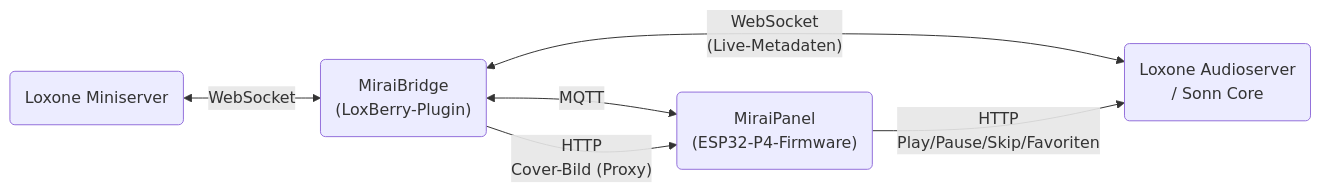
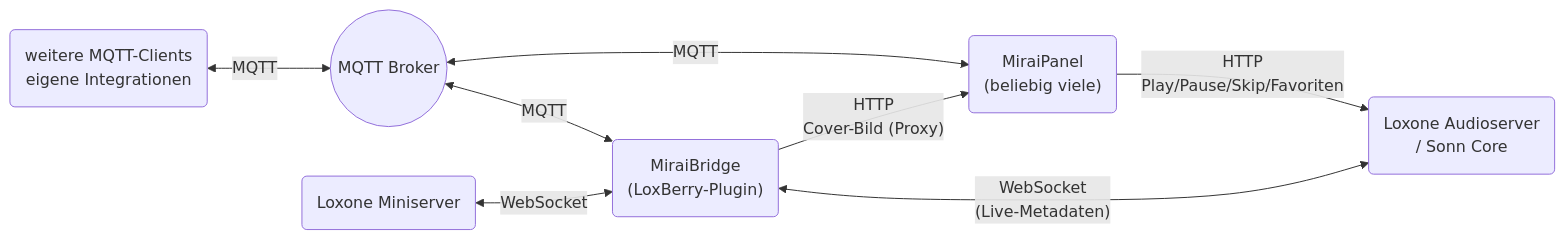
One commit to Holzmusik/MiraiPanel changed the second of 2 diagrams in README.md. Above: the diagram before and after it, drawn with Mermaid. The commit also changed other lines of this file and 1 other file, not shown here.

First line of the commit message:
Architektur-Diagramm: MQTT-Broker in den Mittelpunkt ruecken

````diff
--- a/README.md
+++ b/README.md
@@ -161,8 +161,10 @@
 ```mermaid
 flowchart LR
-    MS("Loxone Miniserver") <-->|WebSocket| Bridge("MiraiBridge<br/>(LoxBerry-Plugin)")
-    Bridge <-->|MQTT| Panel("MiraiPanel<br/>(ESP32-P4-Firmware)")
+    Other("weitere MQTT-Clients<br/>eigene Integrationen") <-->|MQTT| Broker(("MQTT Broker"))
+    Broker <-->|MQTT| Bridge("MiraiBridge<br/>(LoxBerry-Plugin)")
+    Broker <-->|MQTT| Panel("MiraiPanel<br/>(beliebig viele)")
+    MS("Loxone Miniserver") <-->|WebSocket| Bridge
     Bridge <-->|"WebSocket<br/>(Live-Metadaten)"| Audio("Loxone Audioserver<br/>/ Sonn Core")
     Panel -->|"HTTP<br/>Play/Pause/Skip/Favoriten"| Audio
     Bridge -->|"HTTP<br/>Cover-Bild (Proxy)"| Panel
 ```
````
